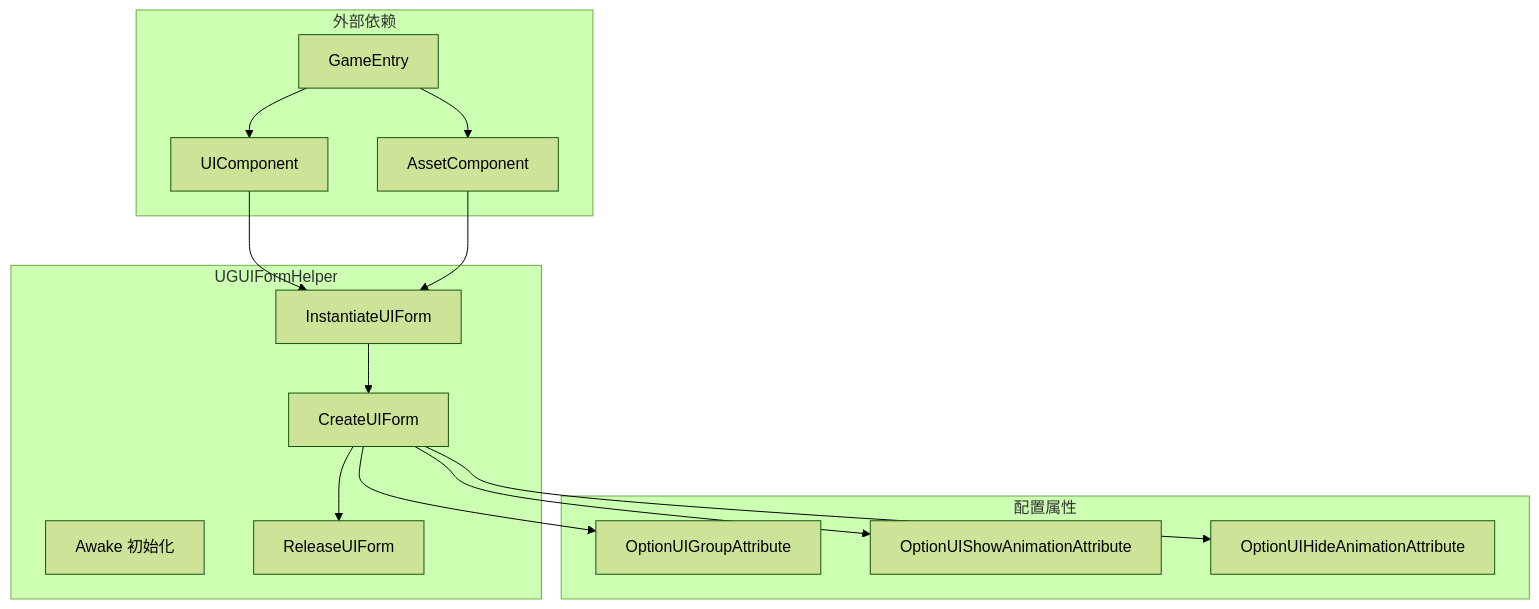
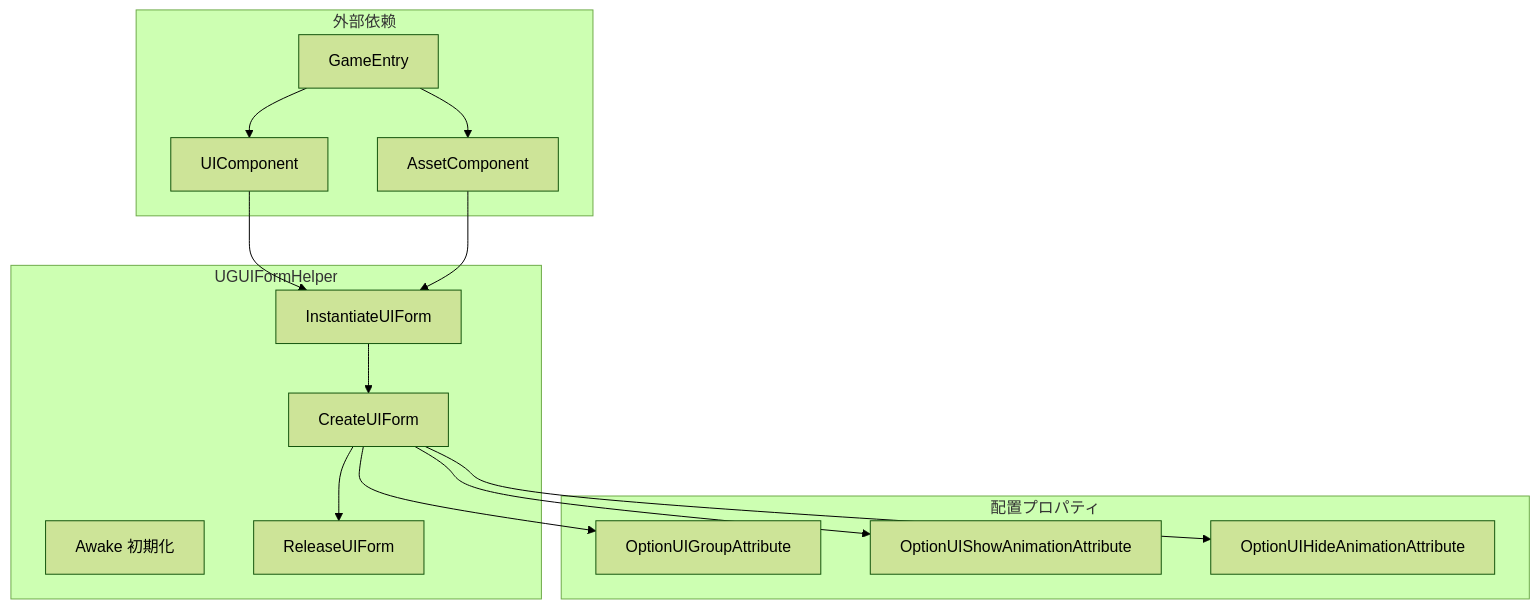
Before and after one commit to AlianBlank/GameFrameX.Docs: the first of 2 diagrams in docs/ja/client/unity/component/ui-ugui/08.form-helper.md, drawn with Mermaid (forest theme). The commit also changed other lines of this file and 603 other files, not shown here.

````diff
--- a/docs/ja/client/unity/component/ui-ugui/08.form-helper.md
+++ b/docs/ja/client/unity/component/ui-ugui/08.form-helper.md
@@ -19,31 +19,31 @@
 ```mermaid
 flowchart TD
     subgraph External["外部依赖"]
         UIComponent["UIComponent"]
         AssetComponent["AssetComponent"]
         GameEntry["GameEntry"]
     end
 
     subgraph Core["UGUIFormHelper"]
-        Awake["Awake 初始化"]
+        Awake["Awake 初期化"]
         Instantiate["InstantiateUIForm"]
         Create["CreateUIForm"]
         Release["ReleaseUIForm"]
     end
 
-    subgraph Configuration["配置属性"]
+    subgraph Configuration["配置プロパティ"]
         Attr1["OptionUIGroupAttribute"]
         Attr2["OptionUIShowAnimationAttribute"]
         Attr3["OptionUIHideAnimationAttribute"]
     end
 
     GameEntry --> UIComponent
     GameEntry --> AssetComponent
     UIComponent --> Instantiate
     AssetComponent --> Instantiate
     Instantiate --> Create
     Create --> Attr1
     Create --> Attr2
     Create --> Attr3
     Create --> Release
 ```
````
